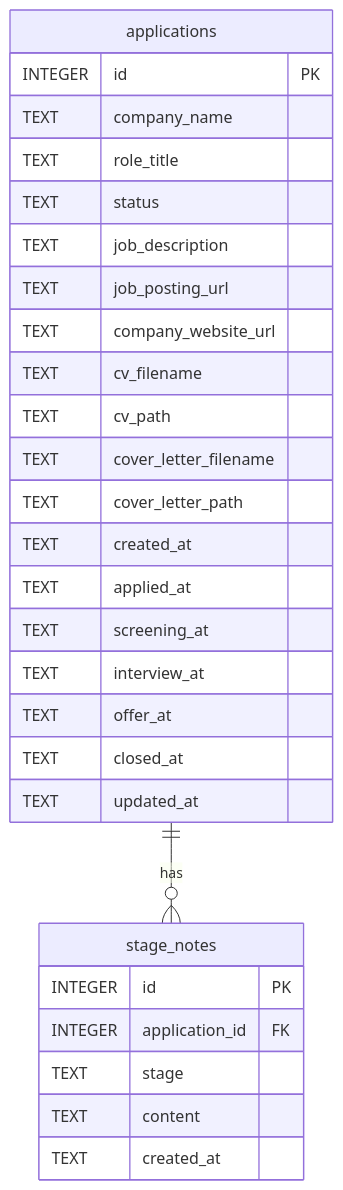
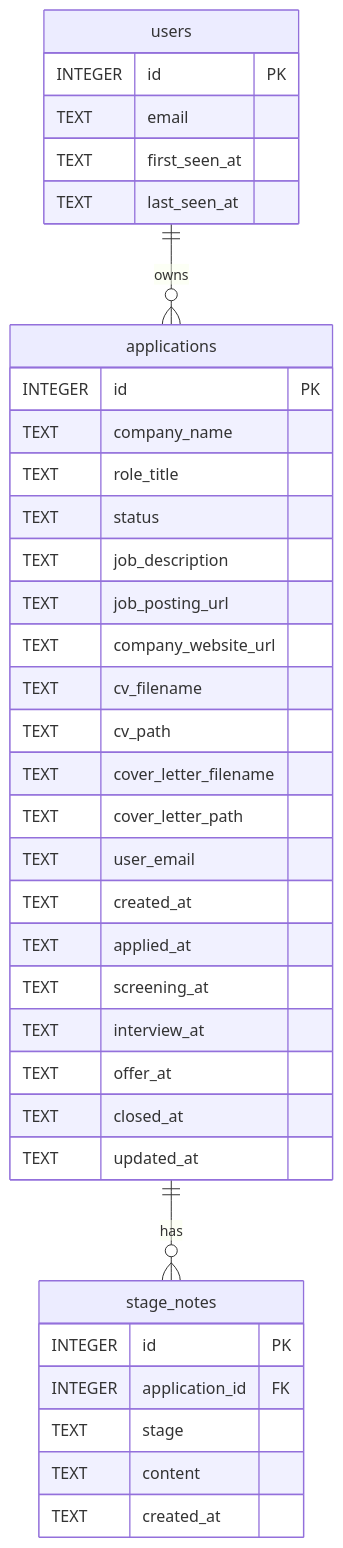
Before and after one commit to fergus/job-tracker: the fourth of 6 diagrams in ARCHITECTURE.md, drawn with Mermaid. The commit also changed other lines of this file and 14 other files, not shown here.

````diff
--- a/ARCHITECTURE.md
+++ b/ARCHITECTURE.md
@@ -85,33 +85,42 @@
 ```mermaid
 erDiagram
+    users {
+        INTEGER id PK
+        TEXT email
+        TEXT first_seen_at
+        TEXT last_seen_at
+    }
+
     applications {
         INTEGER id PK
         TEXT company_name
         TEXT role_title
         TEXT status
         TEXT job_description
         TEXT job_posting_url
         TEXT company_website_url
         TEXT cv_filename
         TEXT cv_path
         TEXT cover_letter_filename
         TEXT cover_letter_path
+        TEXT user_email
         TEXT created_at
         TEXT applied_at
         TEXT screening_at
         TEXT interview_at
         TEXT offer_at
         TEXT closed_at
         TEXT updated_at
     }
 
     stage_notes {
         INTEGER id PK
         INTEGER application_id FK
         TEXT stage
         TEXT content
         TEXT created_at
     }
 
+    users ||--o{ applications : "owns"
     applications ||--o{ stage_notes : "has"
 ```
````
